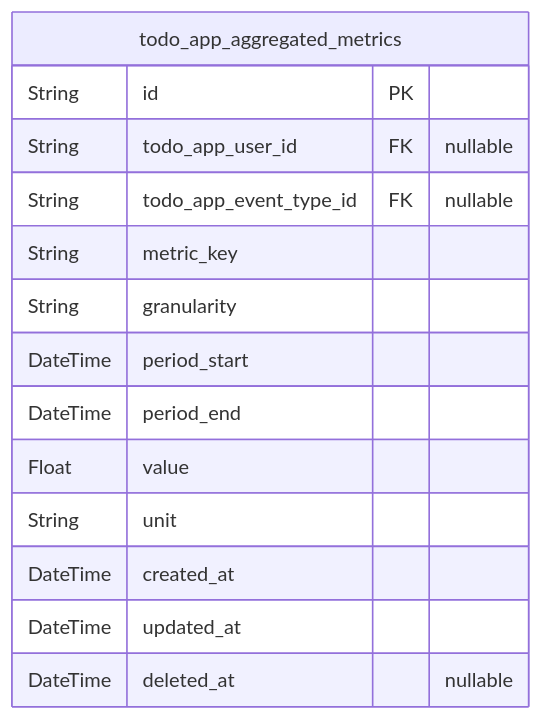
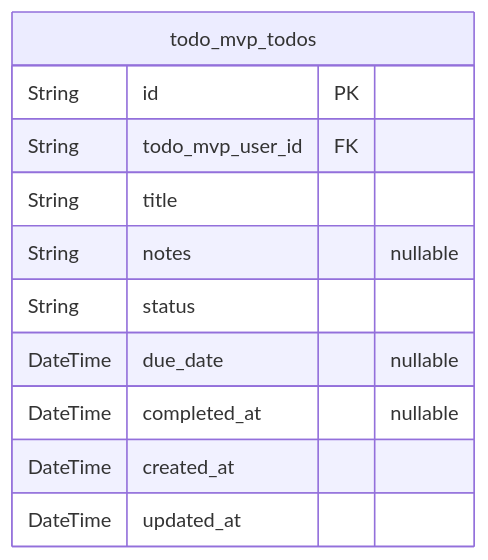
One commit to wrtnlabs/autobe-example-todo-openai-gpt-5 changed the third of 4 diagrams in docs/ERD.md. Above: the diagram before and after it, drawn with Mermaid. The commit also changed other lines of this file and 957 other files, not shown here.

````diff
--- a/docs/ERD.md
+++ b/docs/ERD.md
@@ -1402,17 +165,14 @@
 ```mermaid
 erDiagram
-"todo_app_aggregated_metrics" {
+"todo_mvp_todos" {
   String id PK
-  String todo_app_user_id FK "nullable"
-  String todo_app_event_type_id FK "nullable"
-  String metric_key
-  String granularity
-  DateTime period_start
-  DateTime period_end
-  Float value
-  String unit
+  String todo_mvp_user_id FK
+  String title
+  String notes "nullable"
+  String status
+  DateTime due_date "nullable"
+  DateTime completed_at "nullable"
   DateTime created_at
   DateTime updated_at
-  DateTime deleted_at "nullable"
 }
 ```
````
